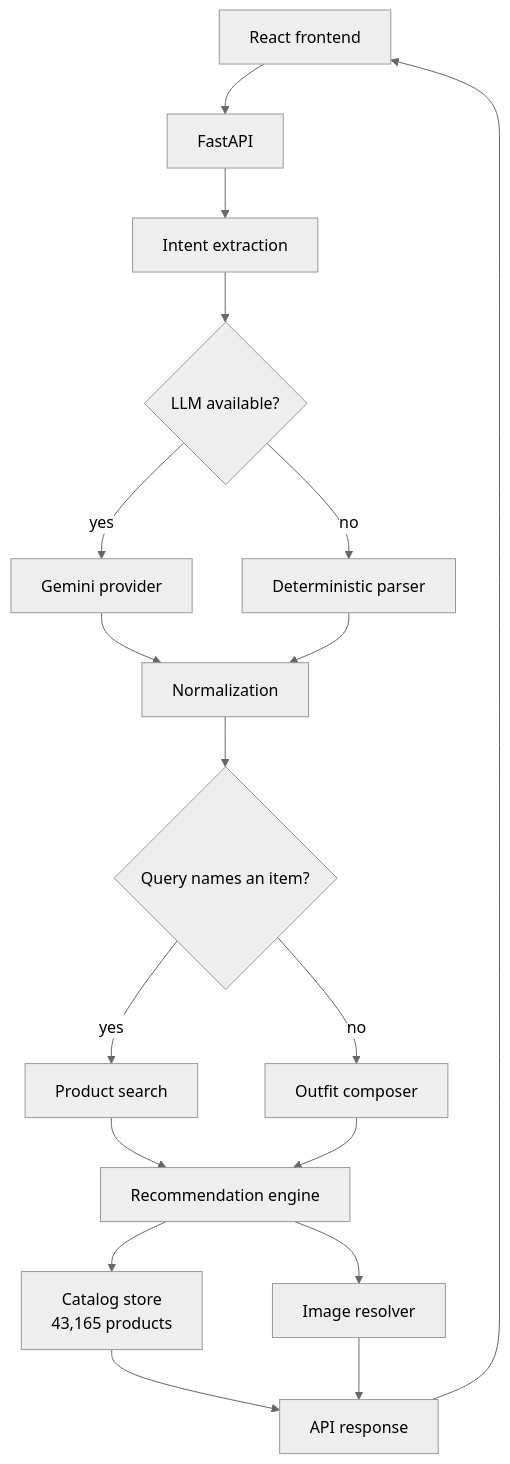
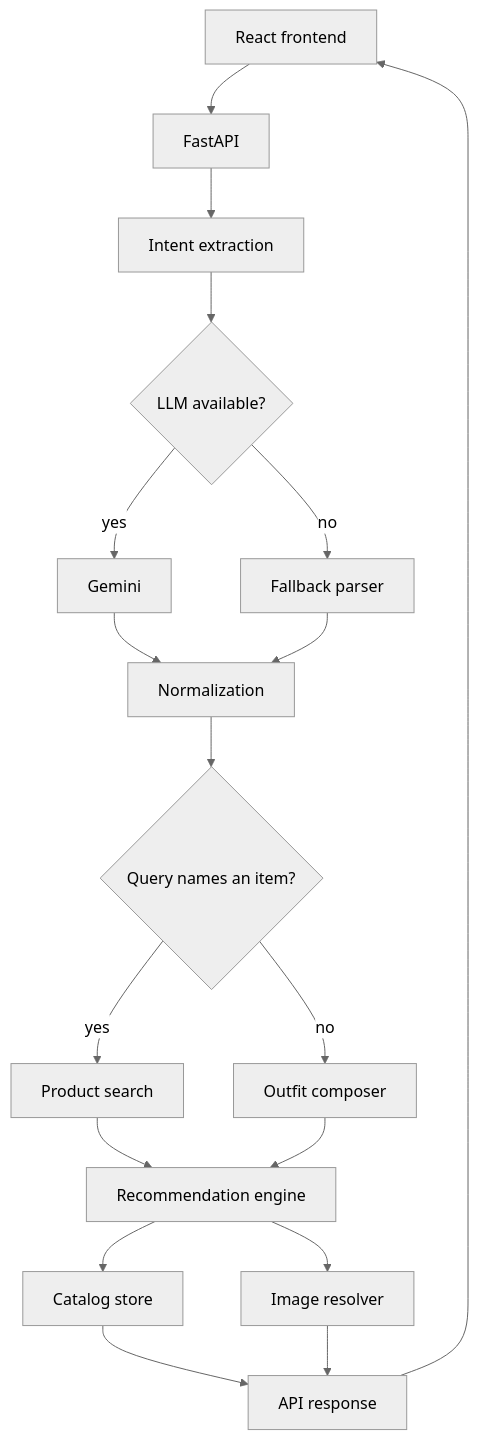
Before and after one commit to Pratik0870/StyleSync_recommendation: the diagram in README.md, drawn with Mermaid (neutral theme). The commit also changed other lines of this file and 3 other files, not shown here.

````diff
--- a/README.md
+++ b/README.md
@@ -154,20 +119,20 @@
 ```mermaid
 flowchart TD
     A[React frontend] --> B[FastAPI]
     B --> C[Intent extraction]
     C --> D{LLM available?}
-    D -- yes --> E[Gemini provider]
-    D -- no --> F[Deterministic parser]
+    D -- yes --> E[Gemini]
+    D -- no --> F[Fallback parser]
     E --> G[Normalization]
     F --> G
     G --> H{Query names an item?}
     H -- yes --> I[Product search]
     H -- no --> J[Outfit composer]
     I --> K[Recommendation engine]
     J --> K
-    K --> L[Catalog store<br/>43,165 products]
+    K --> L[Catalog store]
     K --> M[Image resolver]
     L --> N[API response]
     M --> N
     N --> A
 ```
````
